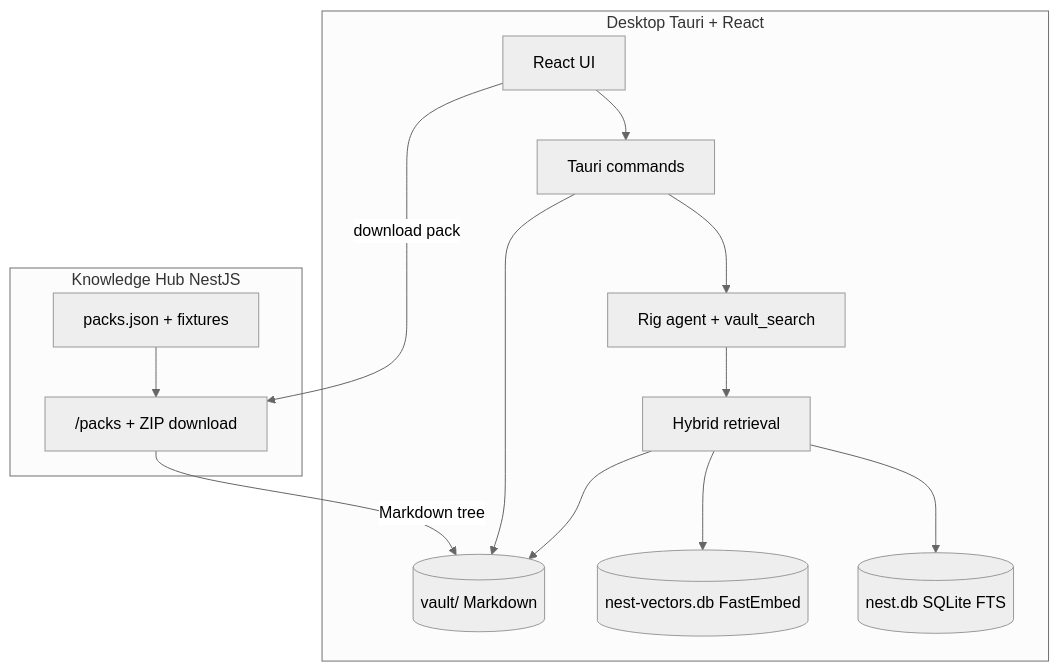
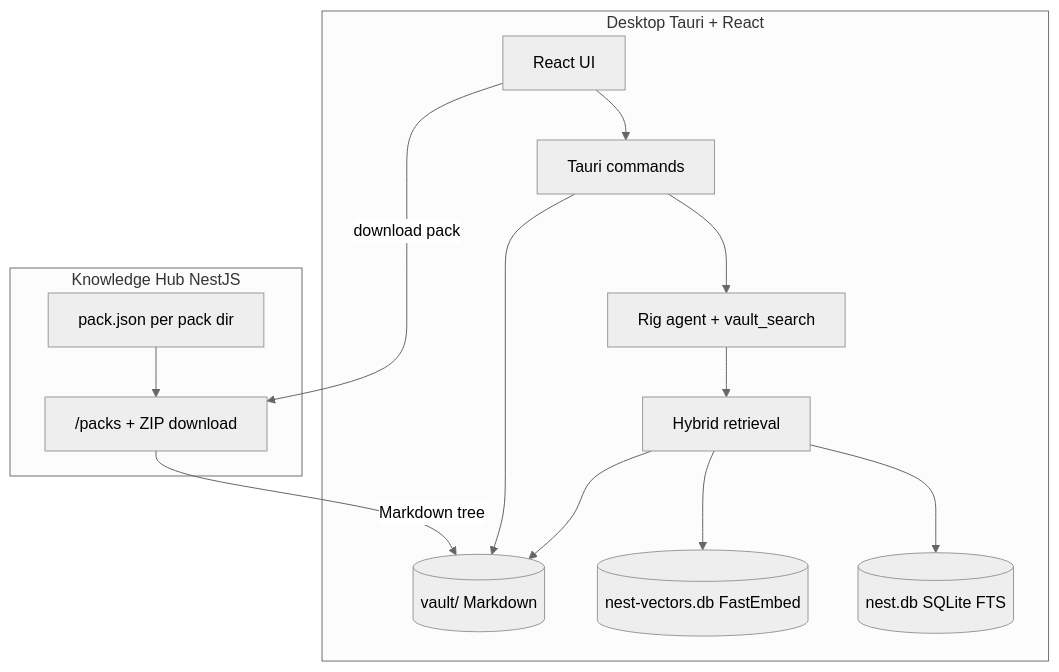
Before and after one commit to cyborgoat/nest: the diagram in docs/architecture.md, drawn with Mermaid (neutral theme). The commit also changed other lines of this file and 26 other files, not shown here.

````diff
--- a/docs/architecture.md
+++ b/docs/architecture.md
@@ -5,28 +5,28 @@
 ```mermaid
 flowchart TB
   subgraph desktop [Desktop Tauri + React]
     UI[React UI]
     CMD[Tauri commands]
     Agent[Rig agent + vault_search]
     Retr[Hybrid retrieval]
     Vault[(vault/ Markdown)]
     SQL[(nest.db SQLite FTS)]
     Vec[(nest-vectors.db FastEmbed)]
     UI --> CMD
     CMD --> Agent
     CMD --> Vault
     Agent --> Retr
     Retr --> SQL
     Retr --> Vec
     Retr --> Vault
   end
 
   subgraph hub [Knowledge Hub NestJS]
-    Catalog[packs.json + fixtures]
+    Catalog[pack.json per pack dir]
     API["/packs + ZIP download"]
     Catalog --> API
   end
 
   UI -->|"download pack"| API
   API -->|"Markdown tree"| Vault
 ```
````
